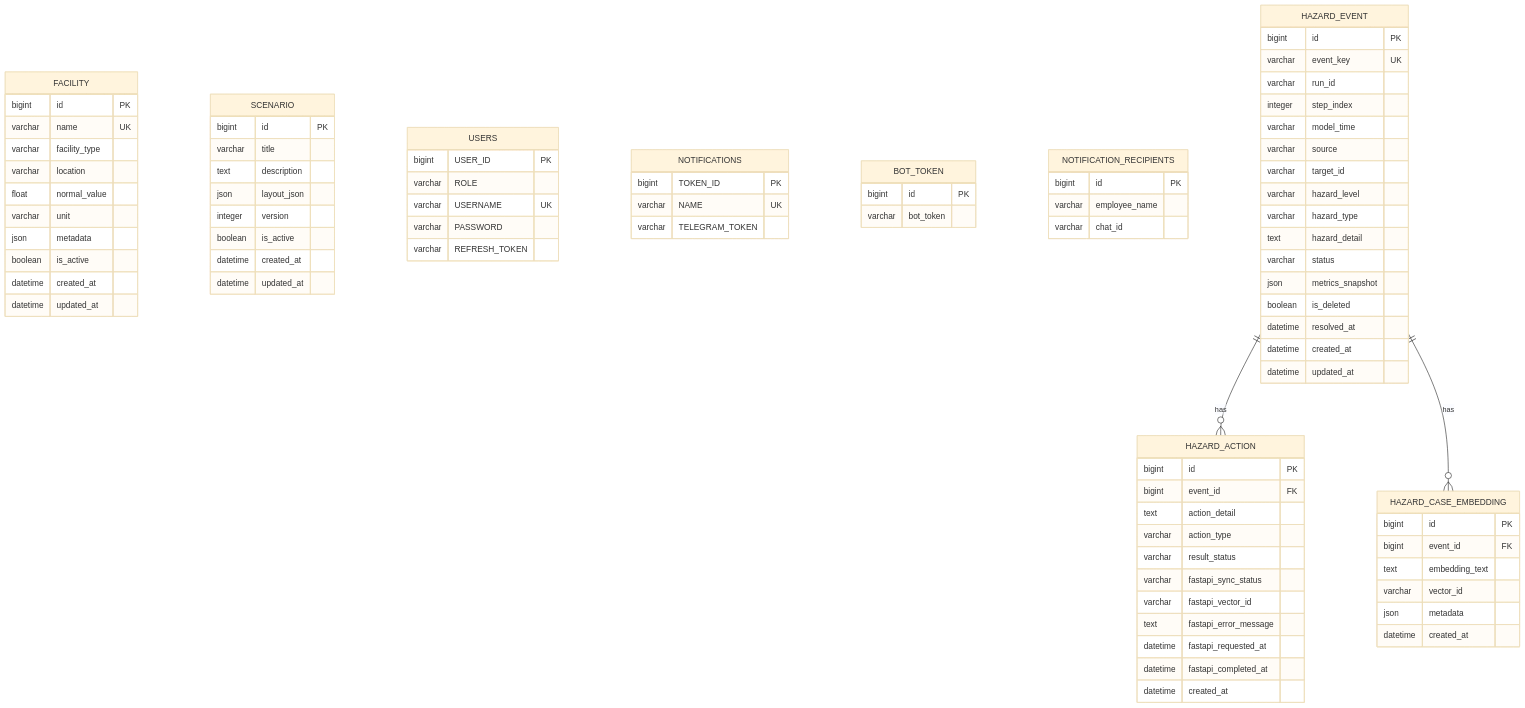
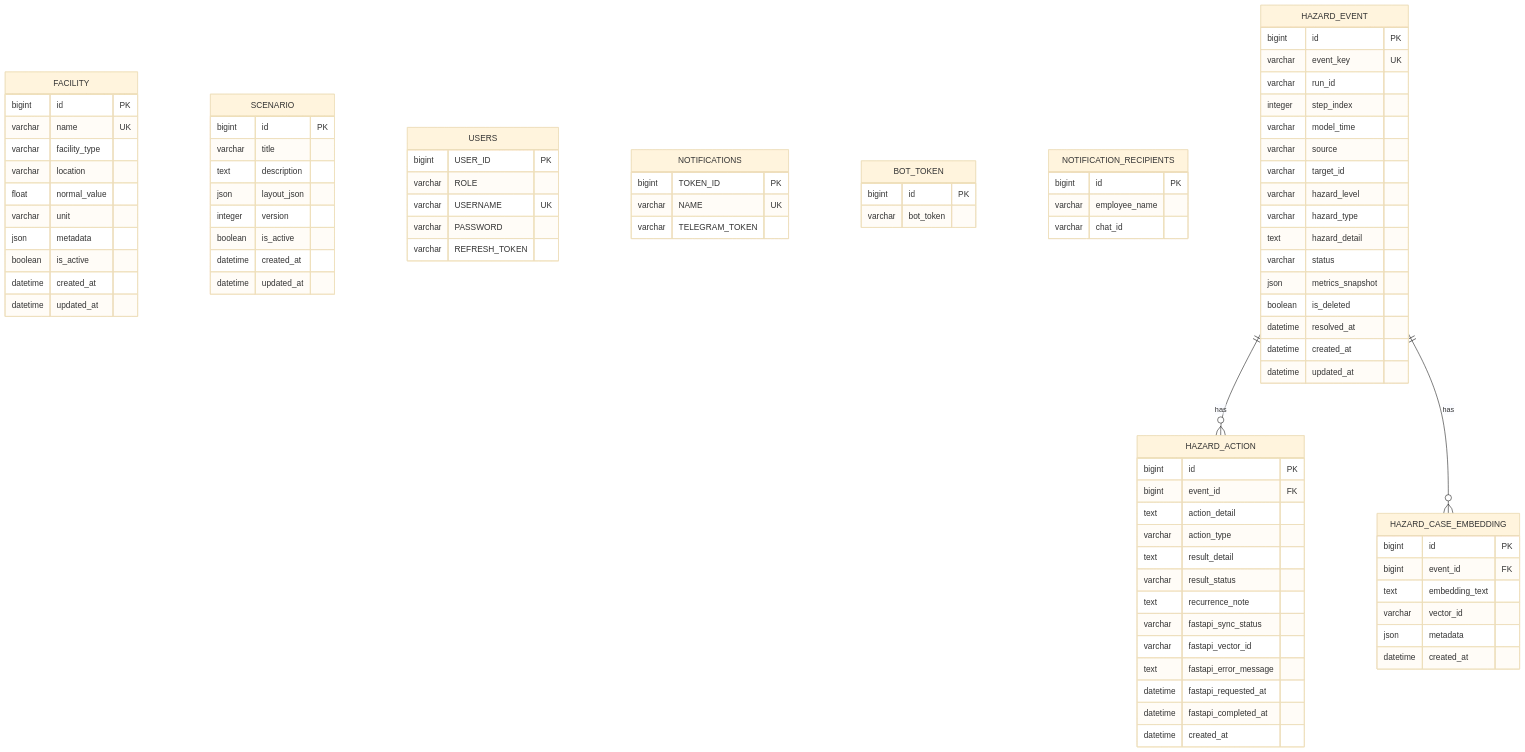
The diagram in backend/docs/db-design.md (SuperMario-Flood-Monitoring/SuperMario_Django), drawn with Mermaid (base theme) before and after one commit. The commit also changed other lines of this file and 18 other files, not shown here.

```diff
--- a/backend/docs/db-design.md
+++ b/backend/docs/db-design.md
@@ -99,7 +99,9 @@
         bigint event_id FK
         text action_detail
         varchar action_type
+        text result_detail
         varchar result_status
+        text recurrence_note
         varchar fastapi_sync_status
         varchar fastapi_vector_id
         text fastapi_error_message
```
